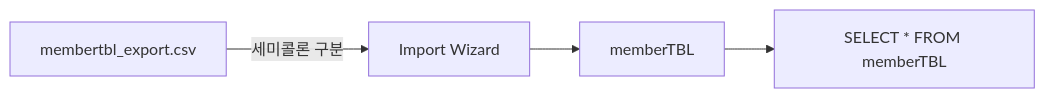
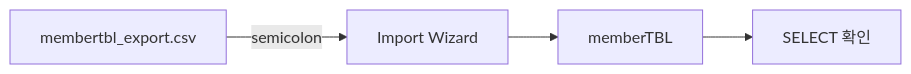
The fifth of 7 diagrams in db02/README.md (metaapple/kb7-db), drawn with Mermaid before and after one commit. The commit also changed other lines of this file, not shown here.

````diff
--- a/db02/README.md
+++ b/db02/README.md
@@ -181,6 +183,6 @@
 ```mermaid
 flowchart LR
-    CSV[membertbl_export.csv] -->|세미콜론 구분| WIZ[Import Wizard]
+    CSV[membertbl_export.csv] -->|semicolon| WIZ[Import Wizard]
     WIZ --> TBL[memberTBL]
-    TBL --> Q[SELECT * FROM memberTBL]
+    TBL --> Q[SELECT 확인]
 ```
````
